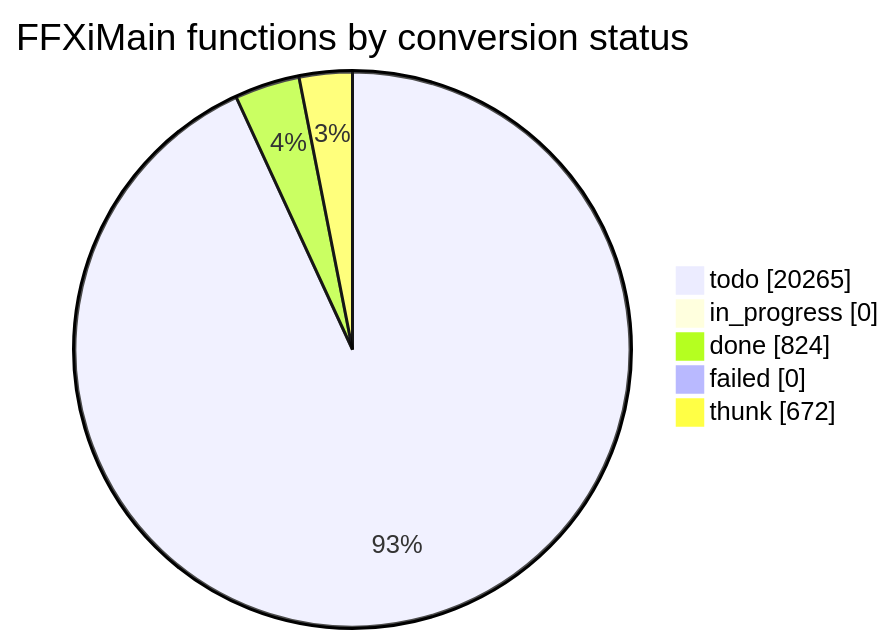
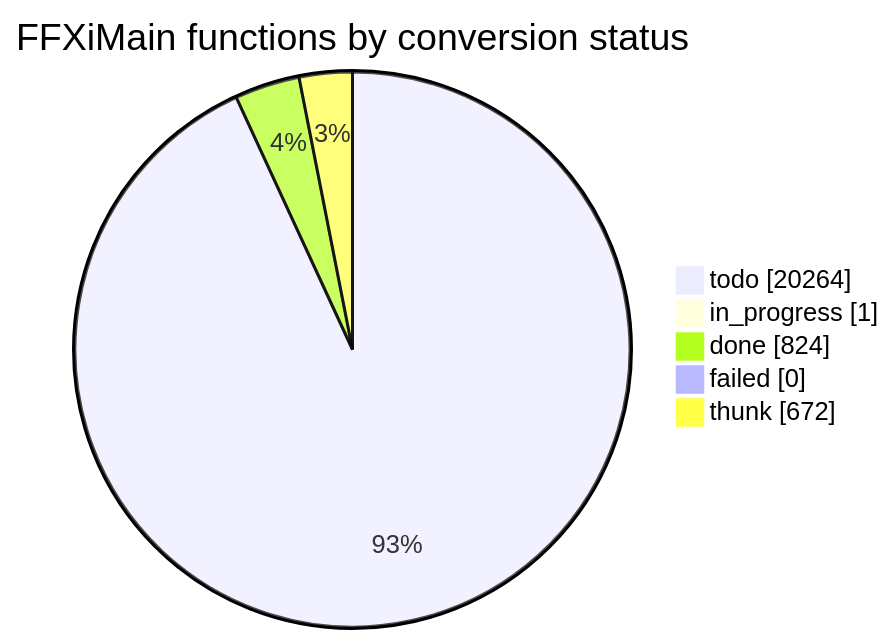
One commit to cowrevenge/cow_kuluu_xi_anything changed the diagram in docs/cow/STATUS.md. Above: the diagram before and after it, drawn with Mermaid. The commit also changed other lines of this file and 6 other files, not shown here.

````diff
--- a/docs/cow/STATUS.md
+++ b/docs/cow/STATUS.md
@@ -18,9 +18,9 @@
 ```mermaid
 pie showData
     title FFXiMain functions by conversion status
-    "todo" : 20265
-    "in_progress" : 0
+    "todo" : 20264
+    "in_progress" : 1
     "done" : 824
     "failed" : 0
     "thunk" : 672
 ```
````
